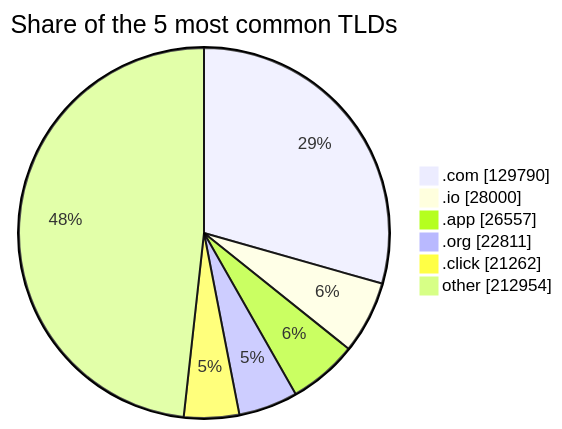
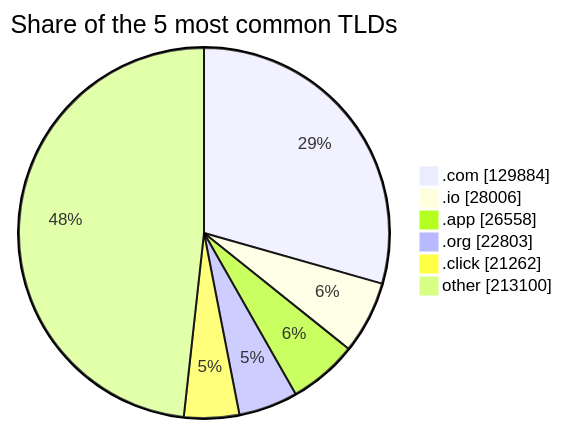
Before and after one commit to DNSBunker/CTI: the third of 3 diagrams in README.md, drawn with Mermaid. The commit also changed other lines of this file and 3 other files, not shown here.

````diff
--- a/README.md
+++ b/README.md
@@ -81,9 +81,9 @@
 ```mermaid
 pie showData title Share of the 5 most common TLDs
-    ".com" : 129790
-    ".io" : 28000
-    ".app" : 26557
-    ".org" : 22811
+    ".com" : 129884
+    ".io" : 28006
+    ".app" : 26558
+    ".org" : 22803
     ".click" : 21262
-    "other" : 212954
+    "other" : 213100
 ```
````
